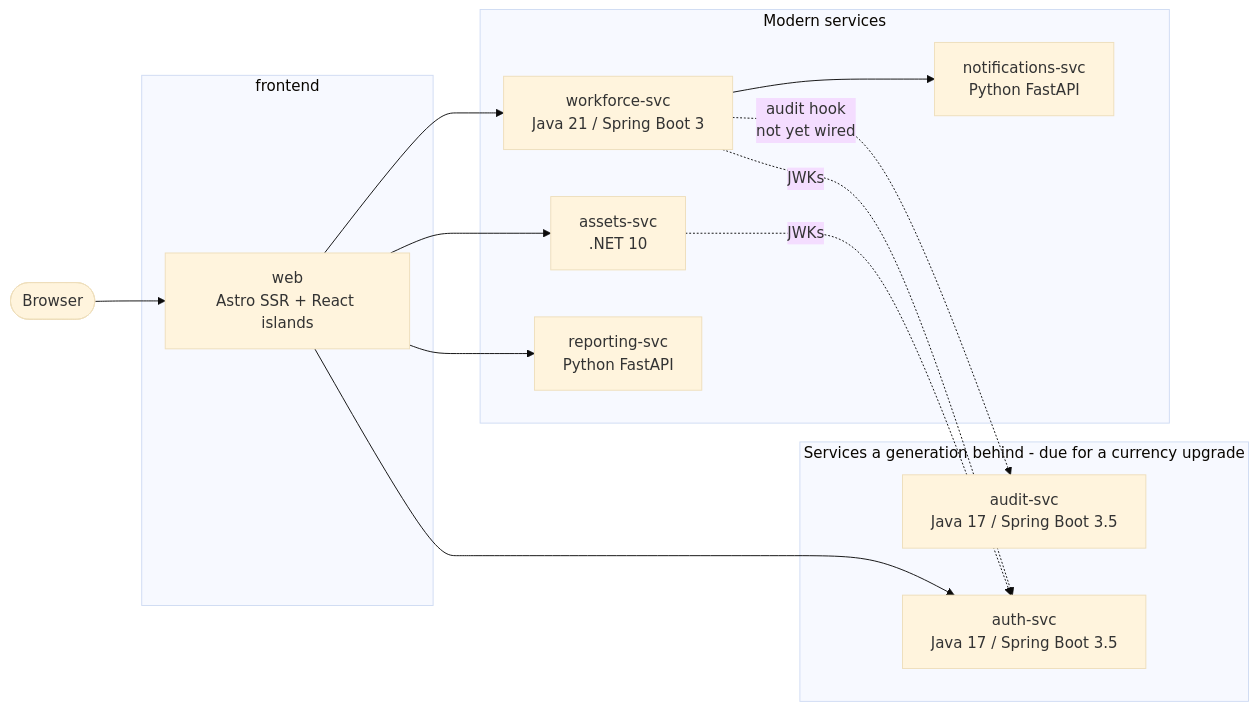
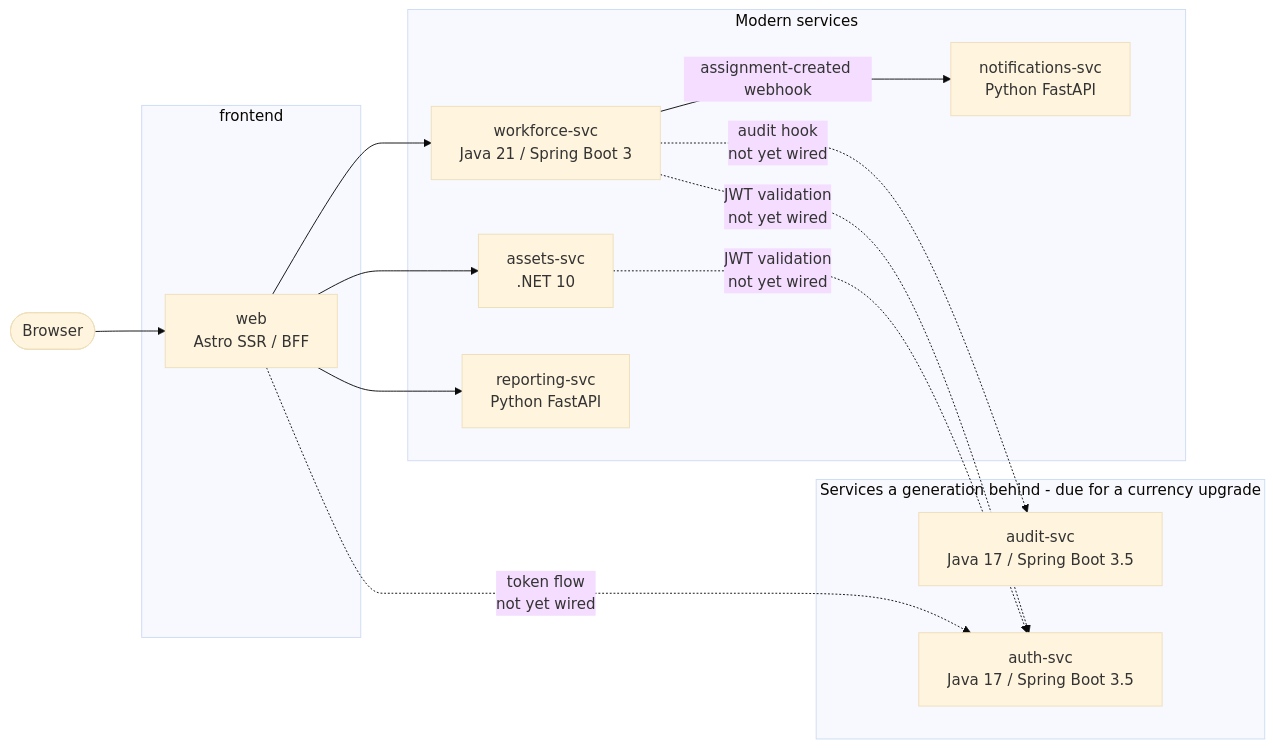
Before and after one commit to jamesmorrissey-ai/AssetTrack: the diagram in README.md, drawn with Mermaid (base theme). The commit also changed other lines of this file and 1 other file, not shown here.

Commit message:
docs: update architecture overview

````diff
--- a/README.md
+++ b/README.md
@@ -12,29 +12,29 @@
 ```mermaid
 flowchart LR
     browser([Browser]) --> web
 
     subgraph frontend
-      web[web<br/>Astro SSR + React islands]
+      web[web<br/>Astro SSR / BFF]
     end
 
     subgraph modern[Modern services]
       assets[assets-svc<br/>.NET 10]
       workforce[workforce-svc<br/>Java 21 / Spring Boot 3]
       reporting[reporting-svc<br/>Python FastAPI]
       notifications[notifications-svc<br/>Python FastAPI]
     end
 
     subgraph behind[Services a generation behind - due for a currency upgrade]
       audit[audit-svc<br/>Java 17 / Spring Boot 3.5]
       auth[auth-svc<br/>Java 17 / Spring Boot 3.5]
     end
 
     web --> assets
     web --> workforce
     web --> reporting
-    web --> auth
     workforce -.audit hook<br/>not yet wired.-> audit
-    workforce --> notifications
-    assets -.JWKs.-> auth
-    workforce -.JWKs.-> auth
+    workforce -->|assignment-created webhook| notifications
+    web -.token flow<br/>not yet wired.-> auth
+    assets -.JWT validation<br/>not yet wired.-> auth
+    workforce -.JWT validation<br/>not yet wired.-> auth
 ```
````
